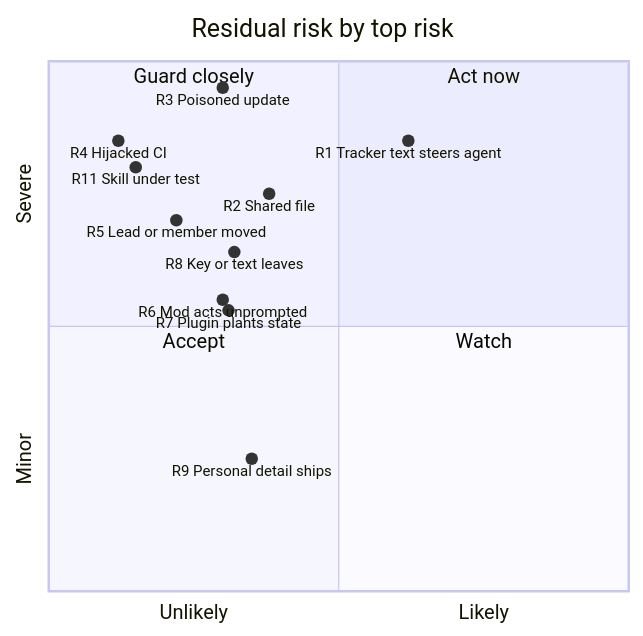
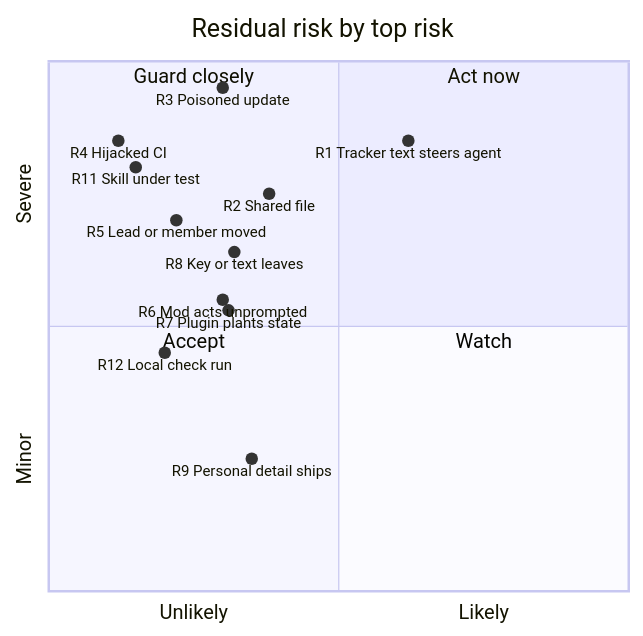
The first of 2 diagrams in docs/security/threat-model.md (mephistopheles4/grimoire), drawn with Mermaid before and after one commit. The commit also changed other lines of this file and 1 other file, not shown here.

First line of the commit message:
#366: threat model row 20 (local check run), class C13 for git unpinned, candidate P10, row 19's engine line

````diff
--- a/docs/security/threat-model.md
+++ b/docs/security/threat-model.md
@@ -21,20 +21,21 @@
 ```mermaid
 quadrantChart
   title Residual risk by top risk
   x-axis Unlikely --> Likely
   y-axis Minor --> Severe
   quadrant-1 Act now
   quadrant-2 Guard closely
   quadrant-3 Accept
   quadrant-4 Watch
   R1 Tracker text steers agent: [0.62, 0.85]
   R2 Shared file: [0.38, 0.75]
   R3 Poisoned update: [0.30, 0.95]
   R4 Hijacked CI: [0.12, 0.85]
   R5 Lead or member moved: [0.22, 0.70]
   R6 Mod acts unprompted: [0.30, 0.55]
   R7 Plugin plants state: [0.31, 0.53]
   R8 Key or text leaves: [0.32, 0.64]
   R9 Personal detail ships: [0.35, 0.25]
   R11 Skill under test: [0.15, 0.80]
+  R12 Local check run: [0.20, 0.45]
 ```
````
